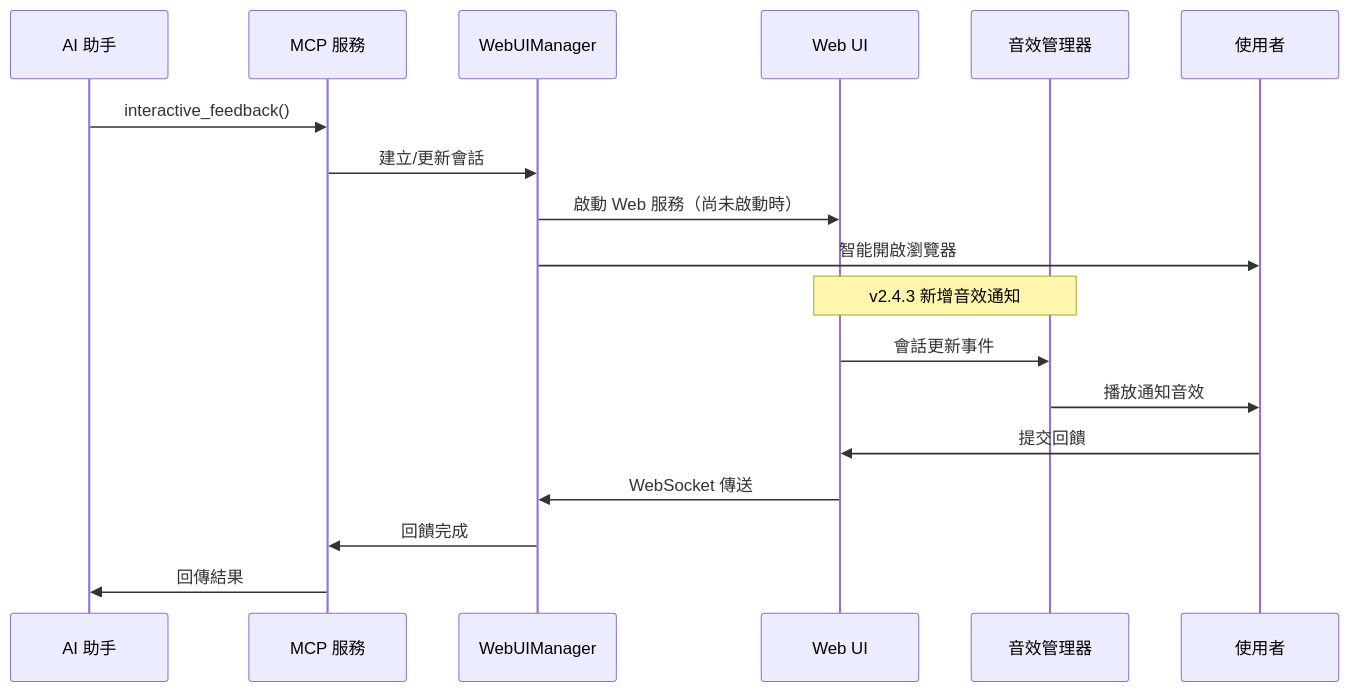
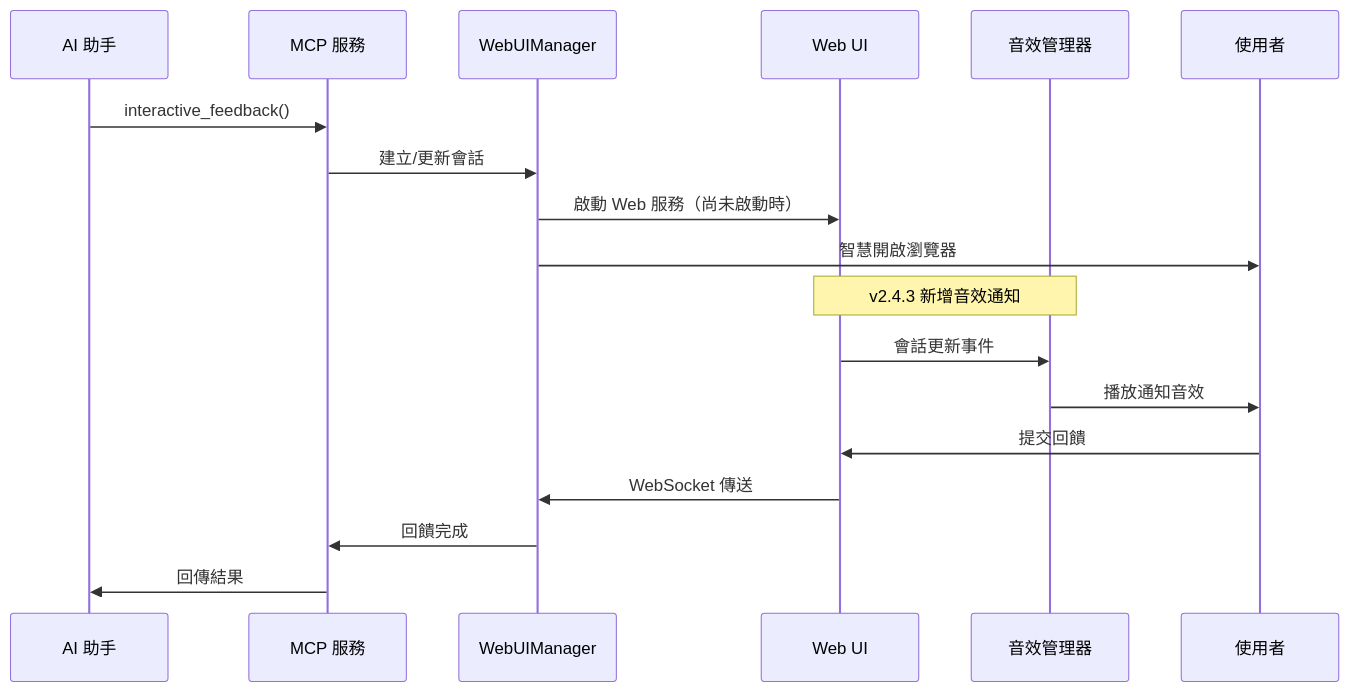
The seventh of 8 diagrams in docs/architecture/system-overview.md (CloudEngineHub/mcp-feedback-enhanced), drawn with Mermaid before and after one commit. The commit also changed other lines of this file, not shown here.

````diff
--- a/docs/architecture/system-overview.md
+++ b/docs/architecture/system-overview.md
@@ -466,23 +466,23 @@
 ```mermaid
 sequenceDiagram
     participant AI as AI 助手
     participant MCP as MCP 服務
     participant WM as WebUIManager
     participant UI as Web UI
     participant AUDIO as 音效管理器
     participant User as 使用者
 
     AI->>MCP: interactive_feedback()
     MCP->>WM: 建立/更新會話
     WM->>UI: 啟動 Web 服務（尚未啟動時）
-    WM->>User: 智能開啟瀏覽器
+    WM->>User: 智慧開啟瀏覽器
 
     Note over UI,AUDIO: v2.4.3 新增音效通知
     UI->>AUDIO: 會話更新事件
     AUDIO->>User: 播放通知音效
 
     User->>UI: 提交回饋
     UI->>WM: WebSocket 傳送
     WM->>MCP: 回饋完成
     MCP->>AI: 回傳結果
 ```
````
